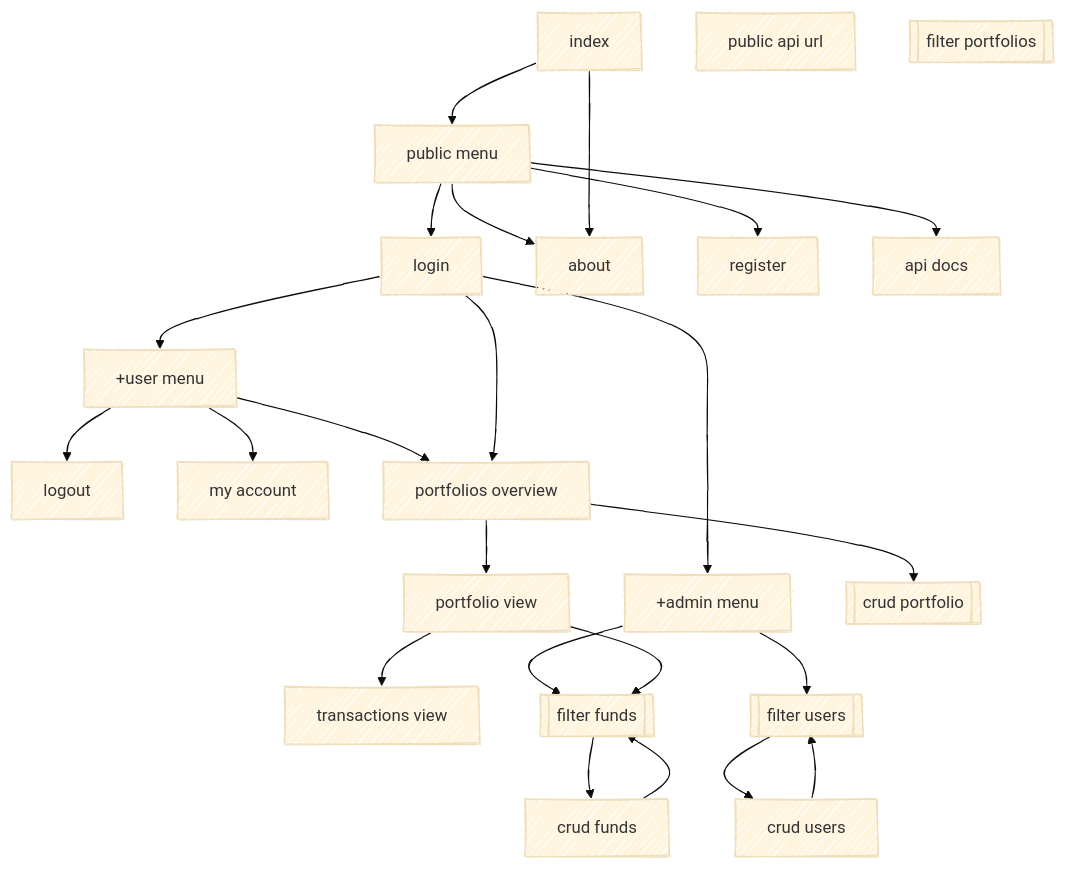
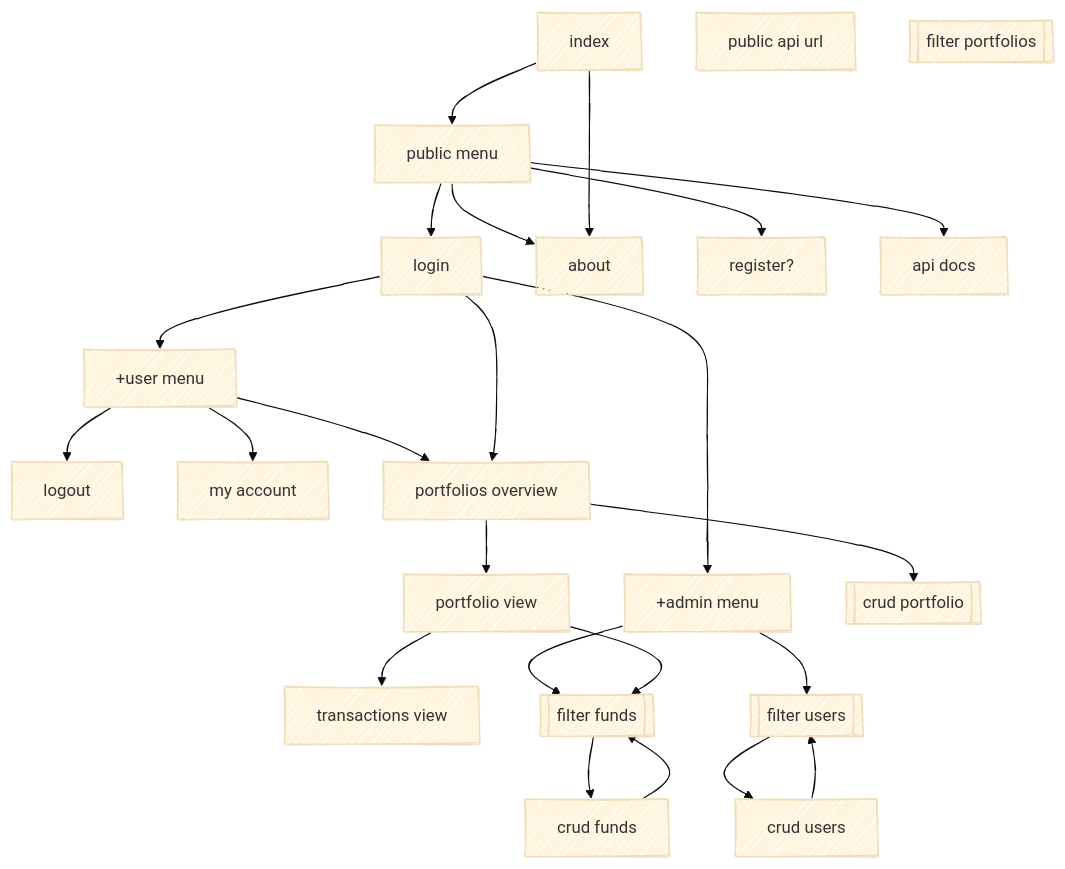
The third of 3 diagrams in README.md (jbrun001/APIProject), drawn with Mermaid before and after one commit. The commit also changed other lines of this file, not shown here.

````diff
--- a/README.md
+++ b/README.md
@@ -100,57 +100,57 @@
 ```mermaid
 ---
 config:
   look: handDrawn
   theme: base
 ---
 flowchart
  l["login"]
     lo["logout"]
     a["about"]
-    r["register"]
+    r["register?"]
     mp["public menu"]
     ua["my account"]
     op["portfolios overview"]
     vp["portfolio view"]
     vt["transactions view"]
     i["index"]
     mu["+user menu"]
     ma["+admin menu"]
     ef["crud funds"]
     eu["crud users"]
     ad["api docs"]
     api["public api url"]
     ff[["filter funds"]]
     fu[["filter users"]]
     fp[["filter portfolios"]]
     ma-->fu
     fu-->eu
     eu-->fu
     ma-->ff
     ff-->ef
     ef-->ff
     mp-->l
     mp-->r
     mp-->a
     mp-->ad
 
     i-->mp  
     i-->a
 
     mu-->ua
     mu-->op
     mu-->lo
 
     op-->vp
     vp-->ff
     op-->ep
     vp-->vt
 	
     
 
 
     l-->op
     l-->mu
     l-->ma
  ep[["crud portfolio"]]
 ```
````
